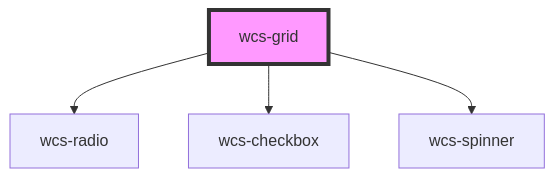
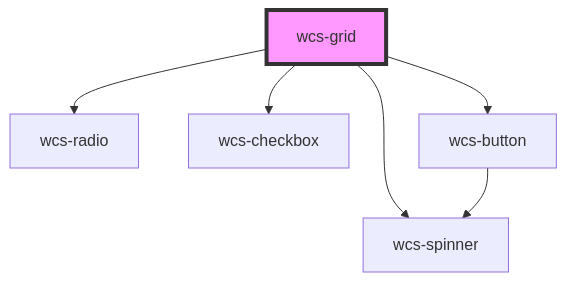
Before and after one commit to SNCFdevelopers/wcs: the diagram in src/components/grid/readme.md, drawn with Mermaid. The commit also changed other lines of this file and 17 other files, not shown here.

````diff
--- a/src/components/grid/readme.md
+++ b/src/components/grid/readme.md
@@ -48,7 +49,9 @@
 ```mermaid
 graph TD;
   wcs-grid --> wcs-radio
   wcs-grid --> wcs-checkbox
   wcs-grid --> wcs-spinner
+  wcs-grid --> wcs-button
+  wcs-button --> wcs-spinner
   style wcs-grid fill:#f9f,stroke:#333,stroke-width:4px
 ```
````
